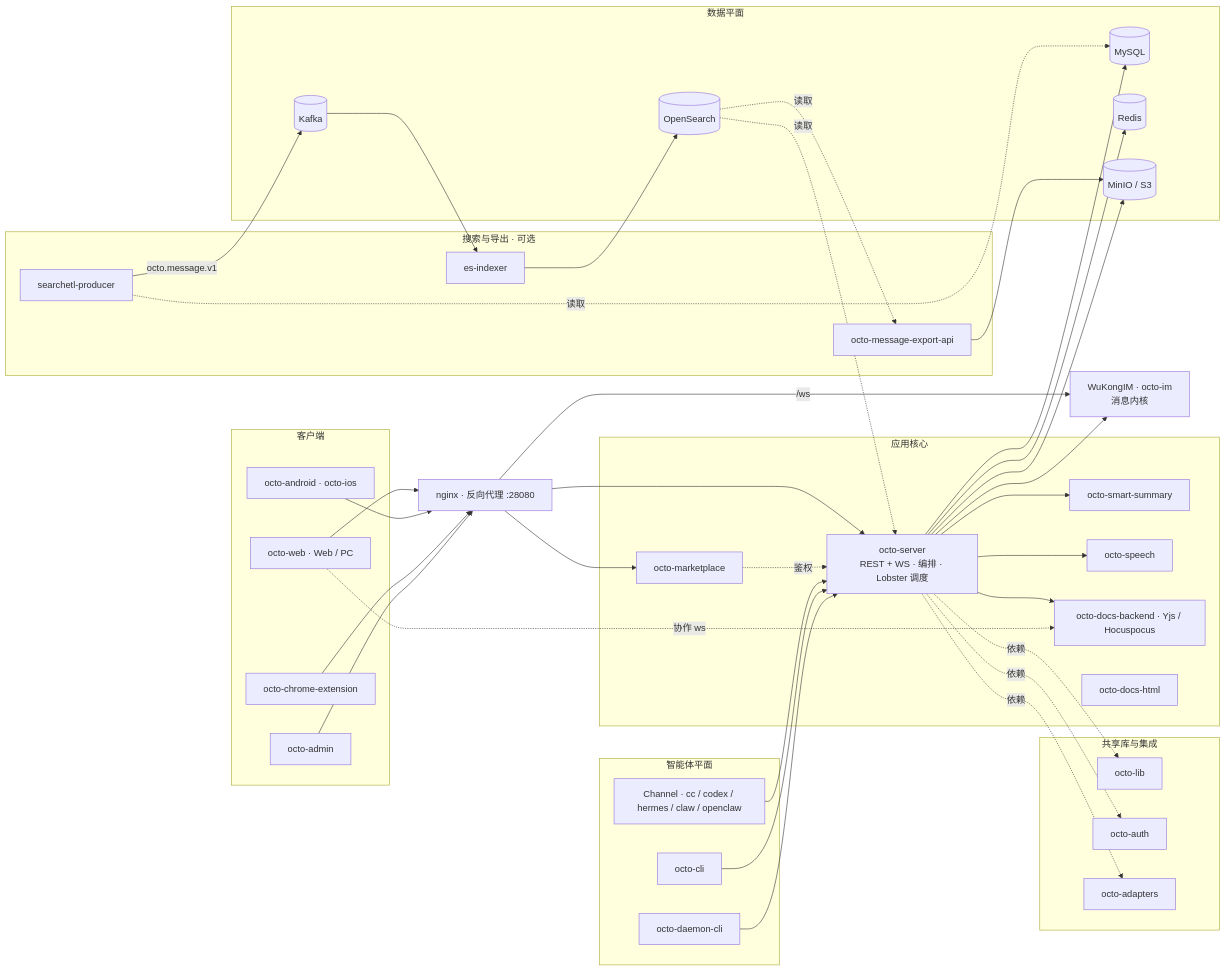
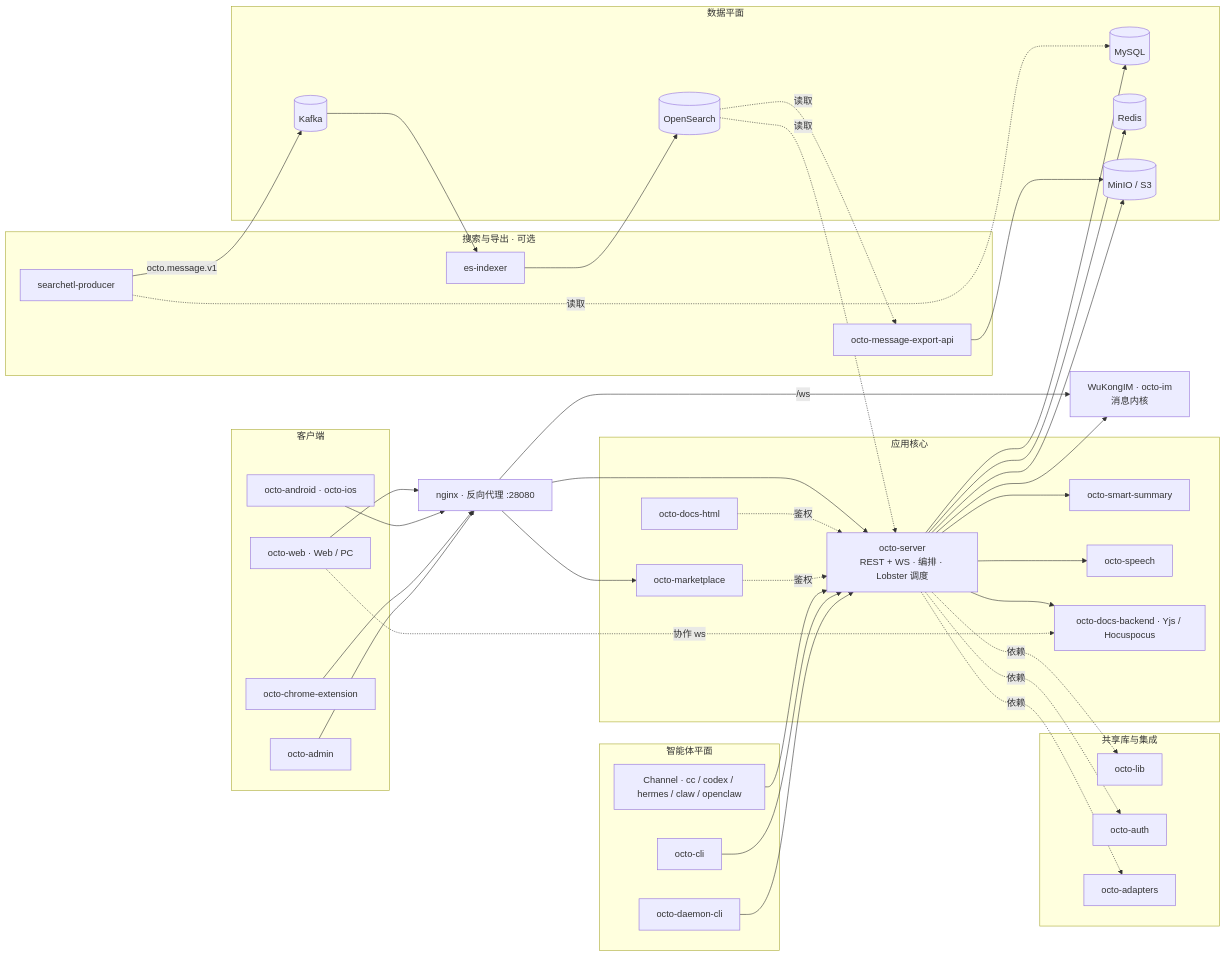
One commit to Mininglamp-OSS/octo-docs changed the diagram in zh/concepts/architecture-overview.mdx. Above: the diagram before and after it, drawn with Mermaid. The commit also changed 3 other files, not shown here.

````diff
--- a/zh/concepts/architecture-overview.mdx
+++ b/zh/concepts/architecture-overview.mdx
@@ -14,78 +14,79 @@
 ```mermaid
 graph LR
   subgraph clients["客户端"]
     web["octo-web · Web / PC"]
     mob["octo-android · octo-ios"]
     ext["octo-chrome-extension"]
     adm["octo-admin"]
   end
 
   nginx["nginx · 反向代理 :28080"]
 
   subgraph core["应用核心"]
     server["octo-server<br/>REST + WS · 编排 · Lobster 调度"]
     summary["octo-smart-summary"]
     speech["octo-speech"]
     market["octo-marketplace"]
     dbe["octo-docs-backend · Yjs / Hocuspocus"]
     dhtml["octo-docs-html"]
   end
 
   im["WuKongIM · octo-im<br/>消息内核"]
 
   subgraph agents["智能体平面"]
     chan["Channel · cc / codex / hermes / claw / openclaw"]
     cli["octo-cli"]
     daemon["octo-daemon-cli"]
   end
 
   subgraph pipe["搜索与导出 · 可选"]
     prod["searchetl-producer"]
     esi["es-indexer"]
     exp["octo-message-export-api"]
   end
 
   subgraph data["数据平面"]
     my[("MySQL")]
     rd[("Redis")]
     obj[("MinIO / S3")]
     kf[("Kafka")]
     osx[("OpenSearch")]
   end
 
   subgraph shared["共享库与集成"]
     lib["octo-lib"]
     auth["octo-auth"]
     adp["octo-adapters"]
   end
 
   web --> nginx
   mob --> nginx
   ext --> nginx
   adm --> nginx
   nginx --> server
   nginx --> market
   nginx -->|/ws| im
   server --> im
   server --> summary
   server --> speech
   server --> dbe
+  dhtml -. 鉴权 .-> server
   market -. 鉴权 .-> server
   web -. 协作 ws .-> dbe
   server --> my
   server --> rd
   server --> obj
   chan --> server
   cli --> server
   daemon --> server
   prod -. 读取 .-> my
   prod -->|octo.message.v1| kf
   kf --> esi
   esi --> osx
   osx -. 读取 .-> server
   osx -. 读取 .-> exp
   exp --> obj
   server -. 依赖 .-> lib
   server -. 依赖 .-> auth
   server -. 依赖 .-> adp
 ```
````
